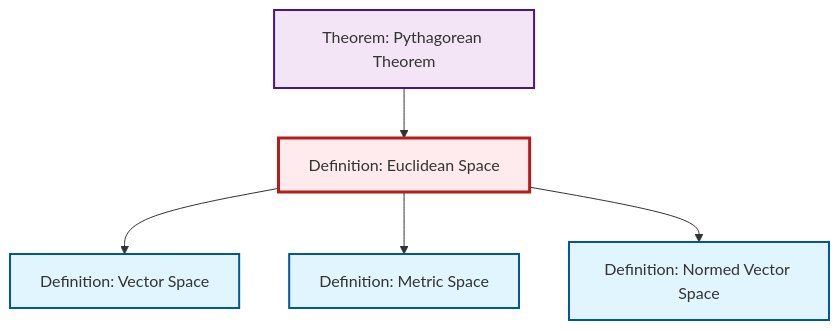
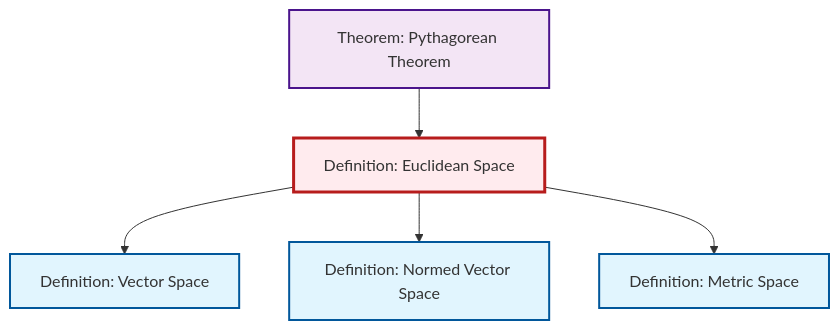
The second of 2 diagrams in content/en/geometry/def-euclidean-space.qmd (RK0429/ModernMath), drawn with Mermaid before and after one commit. The commit also changed other lines of this file and 634 other files, not shown here.

````diff
--- a/content/en/geometry/def-euclidean-space.qmd
+++ b/content/en/geometry/def-euclidean-space.qmd
@@ -69,23 +69,23 @@
 ```{mermaid}
 %%| fig-cap: "Local dependency graph"
 graph TD
     classDef definition fill:#e1f5fe,stroke:#01579b,stroke-width:2px
     classDef theorem fill:#f3e5f5,stroke:#4a148c,stroke-width:2px
     classDef axiom fill:#fff3e0,stroke:#e65100,stroke-width:2px
     classDef example fill:#e8f5e9,stroke:#1b5e20,stroke-width:2px
     classDef current fill:#ffebee,stroke:#b71c1c,stroke-width:3px
+    thm-pythagorean["Theorem: Pythagorean Theorem"]:::theorem
     def-metric-space["Definition: Metric Space"]:::definition
-    thm-pythagorean["Theorem: Pythagorean Theorem"]:::theorem
     def-euclidean-space["Definition: Euclidean Space"]:::definition
+    def-vector-space["Definition: Vector Space"]:::definition
     def-normed-vector-space["Definition: Normed Vector Space"]:::definition
-    def-vector-space["Definition: Vector Space"]:::definition
     def-euclidean-space --> def-vector-space
+    def-euclidean-space --> def-normed-vector-space
     thm-pythagorean --> def-euclidean-space
     def-euclidean-space --> def-metric-space
-    def-euclidean-space --> def-normed-vector-space
     class def-euclidean-space current
+    click thm-pythagorean "thm-pythagorean.html" "Go to Pythagorean Theorem theorem"
     click def-metric-space "def-metric-space.html" "Go to Metric Space definition"
-    click thm-pythagorean "thm-pythagorean.html" "Go to Pythagorean Theorem theorem"
+    click def-vector-space "def-vector-space.html" "Go to Vector Space definition"
     click def-normed-vector-space "def-normed-vector-space.html" "Go to Normed Vector Space definition"
-    click def-vector-space "def-vector-space.html" "Go to Vector Space definition"
 ```
````
